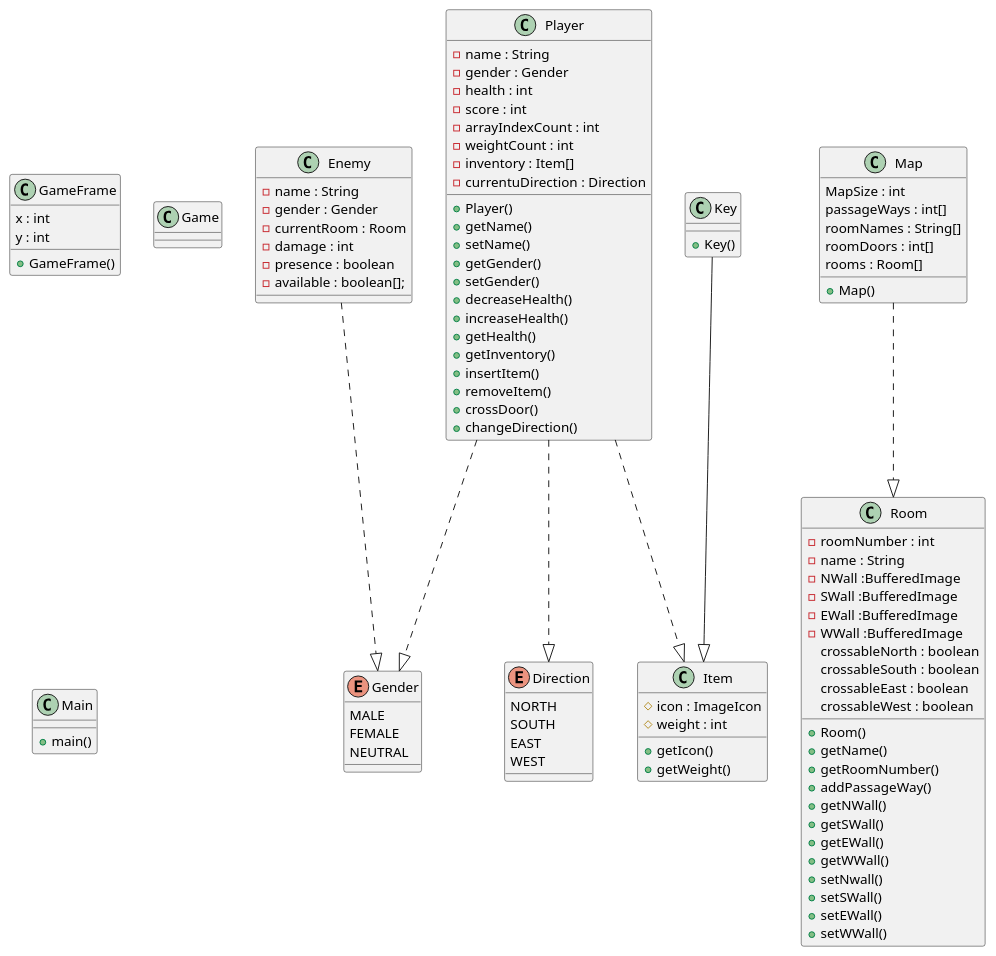
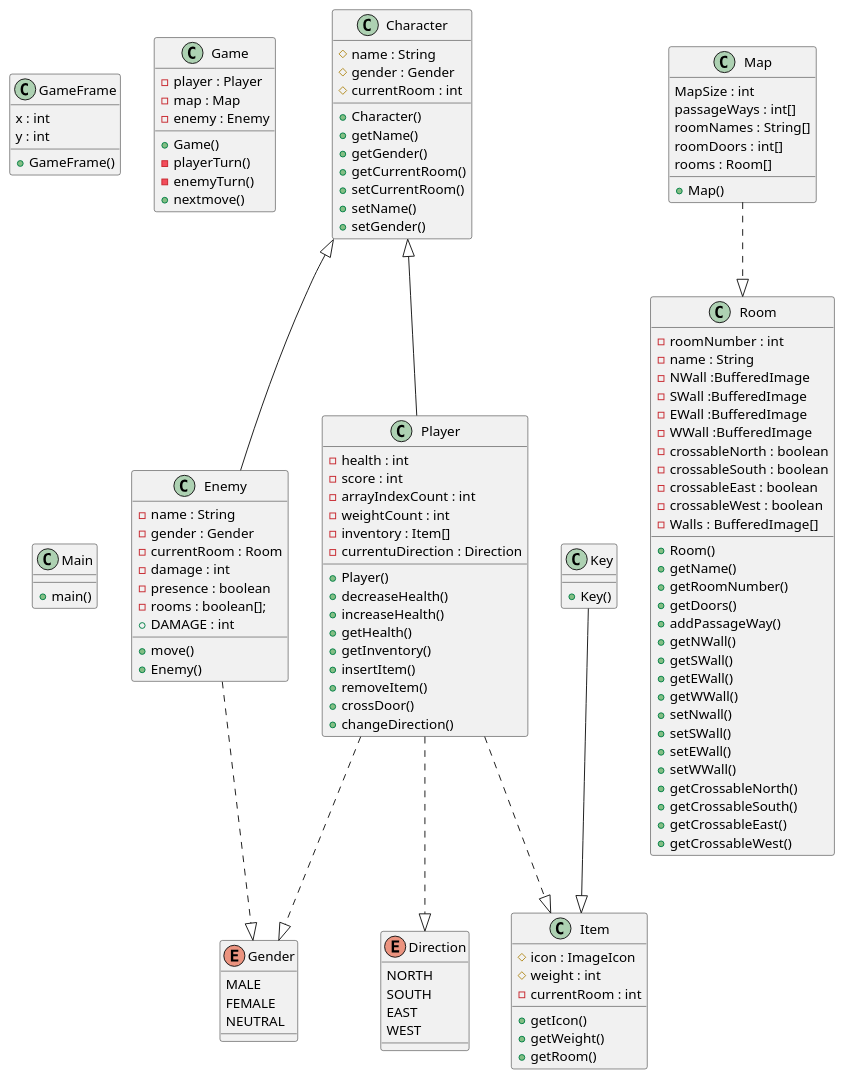
One commit to nardib/TextAdventure changed the diagram in Diagrams/DesignClassModel.plantuml. Above: the diagram before and after it, drawn with PlantUML. The commit also changed 1 other file, not shown here.

```diff
--- a/Diagrams/DesignClassModel.plantuml
+++ b/Diagrams/DesignClassModel.plantuml
@@ -1,106 +1,133 @@
 @startuml DesignClassModel
 
     class Player {
-        -name : String
-        -gender : Gender
         -health : int
         -score : int
         -arrayIndexCount : int
         -weightCount : int
         -inventory : Item[]
         -currentuDirection : Direction
         +Player()
-        +getName()
-        +setName()
-        +getGender()
-        +setGender()
         +decreaseHealth()
         +increaseHealth()
         +getHealth()
         +getInventory()
         +insertItem()
         +removeItem()
         +crossDoor()
         +changeDirection()
     }
 
     enum Gender {
         MALE
         FEMALE
         NEUTRAL
     }
     enum Direction {
         NORTH
         SOUTH
         EAST
         WEST
     }
     class Enemy{
         -name : String
         -gender : Gender
         -currentRoom : Room
         -damage : int
         -presence : boolean
-        -available : boolean[];
+        -rooms : boolean[];
+        + DAMAGE : int
+        +move()
+        +Enemy()
     }
     class GameFrame {
         x : int
         y : int
         +GameFrame()
     }
-    class Game
+    class Game {
+        -player : Player
+        -map : Map
+        -enemy : Enemy
+        +Game()
+        -playerTurn()
+        -enemyTurn()
+        +nextmove()
+    }
     class Main {
         +main()
     }
     class Item{
         #icon : ImageIcon
         #weight : int
+        -currentRoom : int
         +getIcon()
         +getWeight()
+        +getRoom()
     }
     class Key {
         +Key()
     }
     class Map {
         MapSize : int
         passageWays : int[]
         roomNames : String[]
         roomDoors : int[]
         rooms : Room[]
         +Map()
 
     }
     class Room {
         -roomNumber : int
         -name : String
         -NWall :BufferedImage
         -SWall :BufferedImage
         -EWall :BufferedImage
         -WWall :BufferedImage
-        crossableNorth : boolean
-        crossableSouth : boolean
-        crossableEast : boolean
-        crossableWest : boolean
+        -crossableNorth : boolean
+        -crossableSouth : boolean
+        -crossableEast : boolean
+        -crossableWest : boolean
+        -Walls : BufferedImage[]
         +Room()
         +getName()
         +getRoomNumber()
+        +getDoors()
         +addPassageWay()
         +getNWall()
         +getSWall()
         +getEWall()
         +getWWall()
         +setNwall()
         +setSWall()
         +setEWall()
         +setWWall()
+        +getCrossableNorth()
+        +getCrossableSouth()
+        +getCrossableEast()
+        +getCrossableWest()
+    }
+    
+    class Character {
+        #name : String
+        #gender : Gender
+        #currentRoom : int
+        +Character()
+        +getName()
+        +getGender()
+        +getCurrentRoom()
+        +setCurrentRoom()
+        +setName()
+        +setGender()
     }
 
     Player ..|> Gender
     Map ..|> Room
     Player ..|> Item
     Player ..|> Direction
     Key --|> Item
     Enemy ..|> Gender
-
+    Character <|-- Player
+    Character <|-- Enemy
 
 @enduml
```
